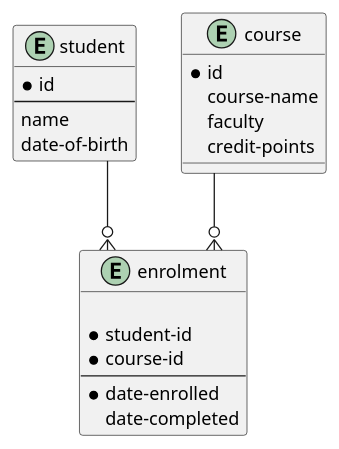
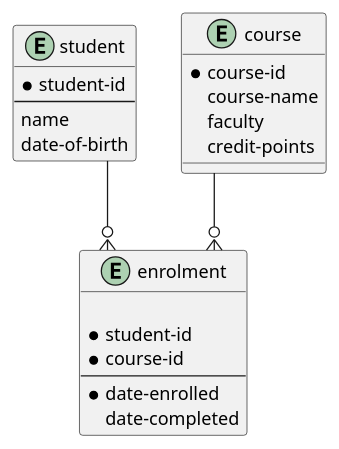
The first of 2 diagrams in modules/tutorials/partials/student-database-diagrams.adoc (couchbase/docs-server), drawn with PlantUML before and after one commit. The commit also changed other lines of this file and 6 other files, not shown here.

```diff
--- a/modules/tutorials/partials/student-database-diagrams.adoc
+++ b/modules/tutorials/partials/student-database-diagrams.adoc
@@ -3,34 +2,34 @@
 [plantuml]
 ....
 @startuml
 skinparam linetype ortho
 entity student {
-  * id
+  * student-id
 --
     name
     date-of-birth
 }
 
 
 entity course {
-  * id
+  * course-id
     course-name
     faculty
     credit-points
 }
 
 entity enrolment {
 
     * student-id
     * course-id
 --
     * date-enrolled
       date-completed
 }
 
 
 student --o{ enrolment
 course --o{ enrolment
 
 @enduml
 ....
```
